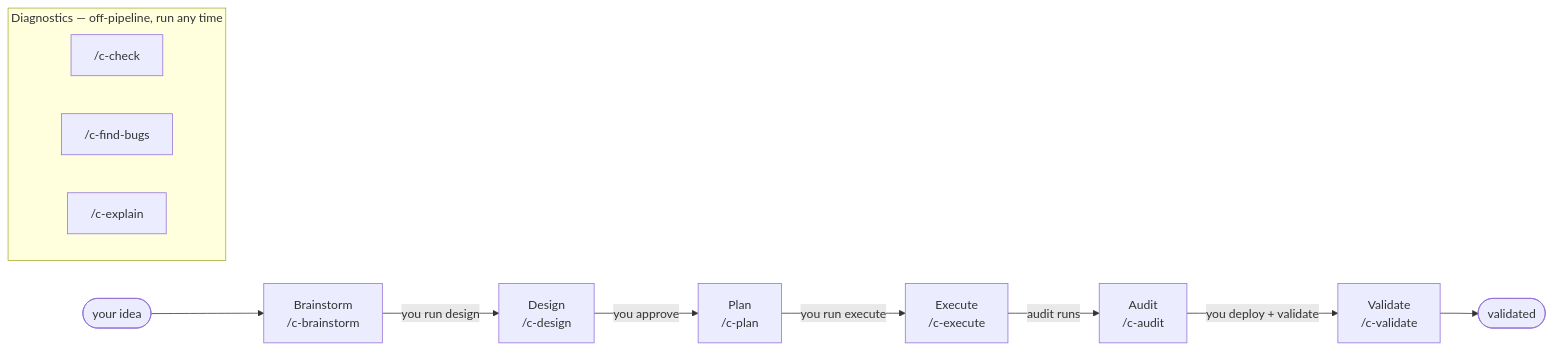
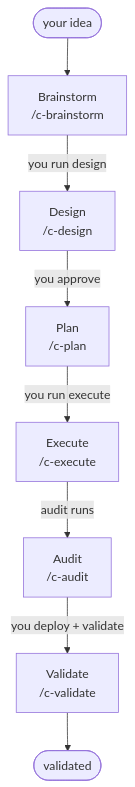
One commit to sentasity/cadence changed the diagram in website/src/content/docs/get-started/01-what-is-cadence.mdx. Above: the diagram before and after it, drawn with Mermaid. The commit also changed other lines of this file, not shown here.

Commit message:
docs(website): make the what-is-cadence pipeline top-down, drop diagnostics
Reorient the six-stage pipeline diagram from left-to-right to top-down
(flowchart TB) and remove the off-pipeline diagnostics subgraph. The three
diagnostic commands stay described in the prose paragraph above the diagram,
so nothing is lost; the diagram now focuses on the linear pipeline. Also
drop the "and the diagnostics sitting off to the side" clause from the lead-in.

````diff
--- a/website/src/content/docs/get-started/01-what-is-cadence.mdx
+++ b/website/src/content/docs/get-started/01-what-is-cadence.mdx
@@ -46,17 +46,10 @@
 ```mermaid
-flowchart LR
+flowchart TB
     idea(["your idea"]) --> B
     B["Brainstorm<br/>/c-brainstorm"] -->|you run design| D["Design<br/>/c-design"]
     D -->|you approve| P["Plan<br/>/c-plan"]
     P -->|you run execute| E["Execute<br/>/c-execute"]
     E -->|audit runs| A["Audit<br/>/c-audit"]
     A -->|you deploy + validate| V["Validate<br/>/c-validate"]
     V --> done(["validated"])
-
-    subgraph diag ["Diagnostics — off-pipeline, run any time"]
-      direction LR
-      C["/c-check"]
-      F["/c-find-bugs"]
-      X["/c-explain"]
-    end
 ```
````
